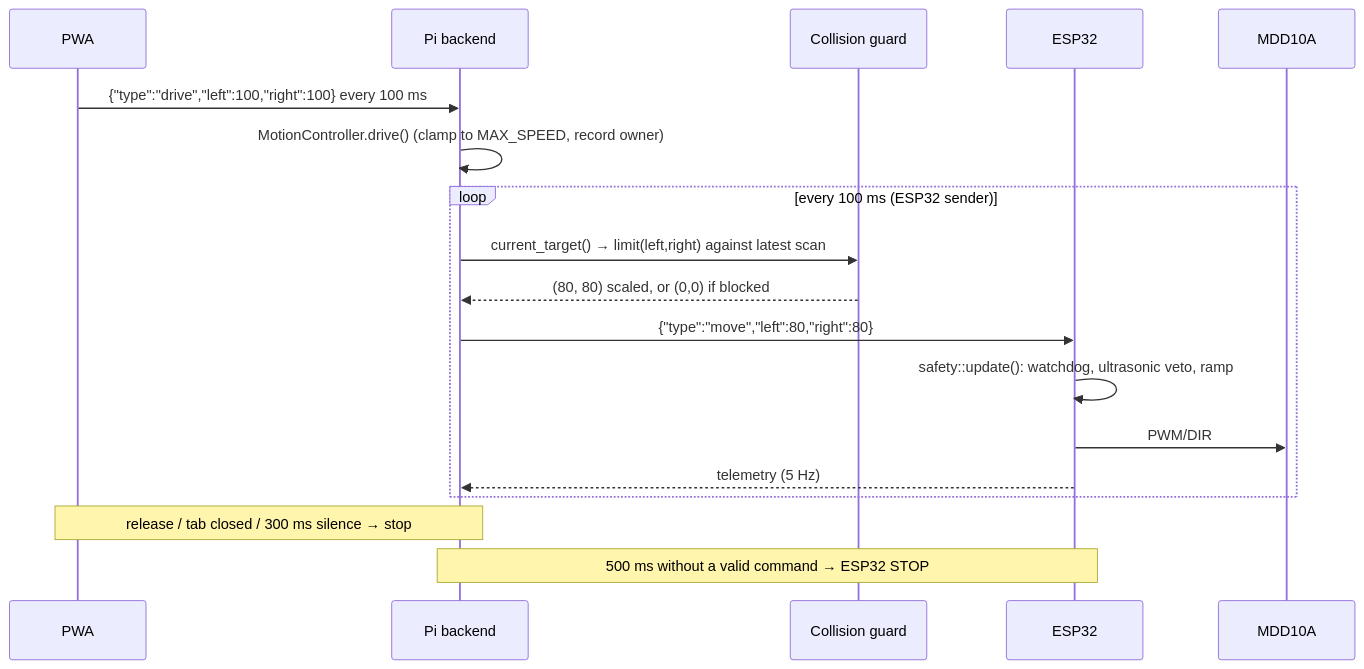
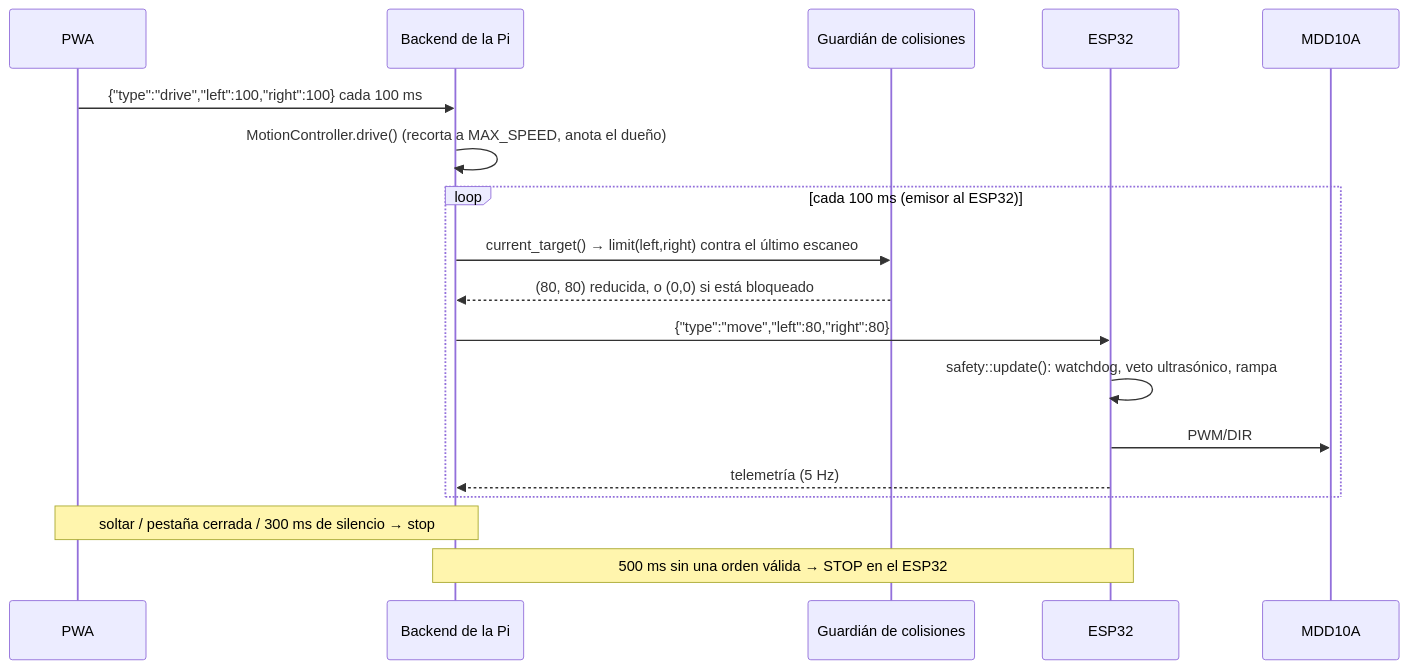
One commit to FranciscooGarciaa/Robert-v2 changed the second of 3 diagrams in README.md. Above: the diagram before and after it, drawn with Mermaid. The commit also changed other lines of this file and 1 other file, not shown here.

````diff
--- a/README.md
+++ b/README.md
@@ -126,20 +132,20 @@
 ```mermaid
 sequenceDiagram
     participant P as PWA
-    participant B as Pi backend
-    participant G as Collision guard
+    participant B as Backend de la Pi
+    participant G as Guardián de colisiones
     participant E as ESP32
     participant D as MDD10A
-    P->>B: {"type":"drive","left":100,"right":100} every 100 ms
-    B->>B: MotionController.drive() (clamp to MAX_SPEED, record owner)
-    loop every 100 ms (ESP32 sender)
-        B->>G: current_target() → limit(left,right) against latest scan
-        G-->>B: (80, 80) scaled, or (0,0) if blocked
+    P->>B: {"type":"drive","left":100,"right":100} cada 100 ms
+    B->>B: MotionController.drive() (recorta a MAX_SPEED, anota el dueño)
+    loop cada 100 ms (emisor al ESP32)
+        B->>G: current_target() → limit(left,right) contra el último escaneo
+        G-->>B: (80, 80) reducida, o (0,0) si está bloqueado
         B->>E: {"type":"move","left":80,"right":80}
-        E->>E: safety::update(): watchdog, ultrasonic veto, ramp
+        E->>E: safety::update(): watchdog, veto ultrasónico, rampa
         E->>D: PWM/DIR
-        E-->>B: telemetry (5 Hz)
+        E-->>B: telemetría (5 Hz)
     end
-    Note over P,B: release / tab closed / 300 ms silence → stop
-    Note over B,E: 500 ms without a valid command → ESP32 STOP
+    Note over P,B: soltar / pestaña cerrada / 300 ms de silencio → stop
+    Note over B,E: 500 ms sin una orden válida → STOP en el ESP32
 ```
````
